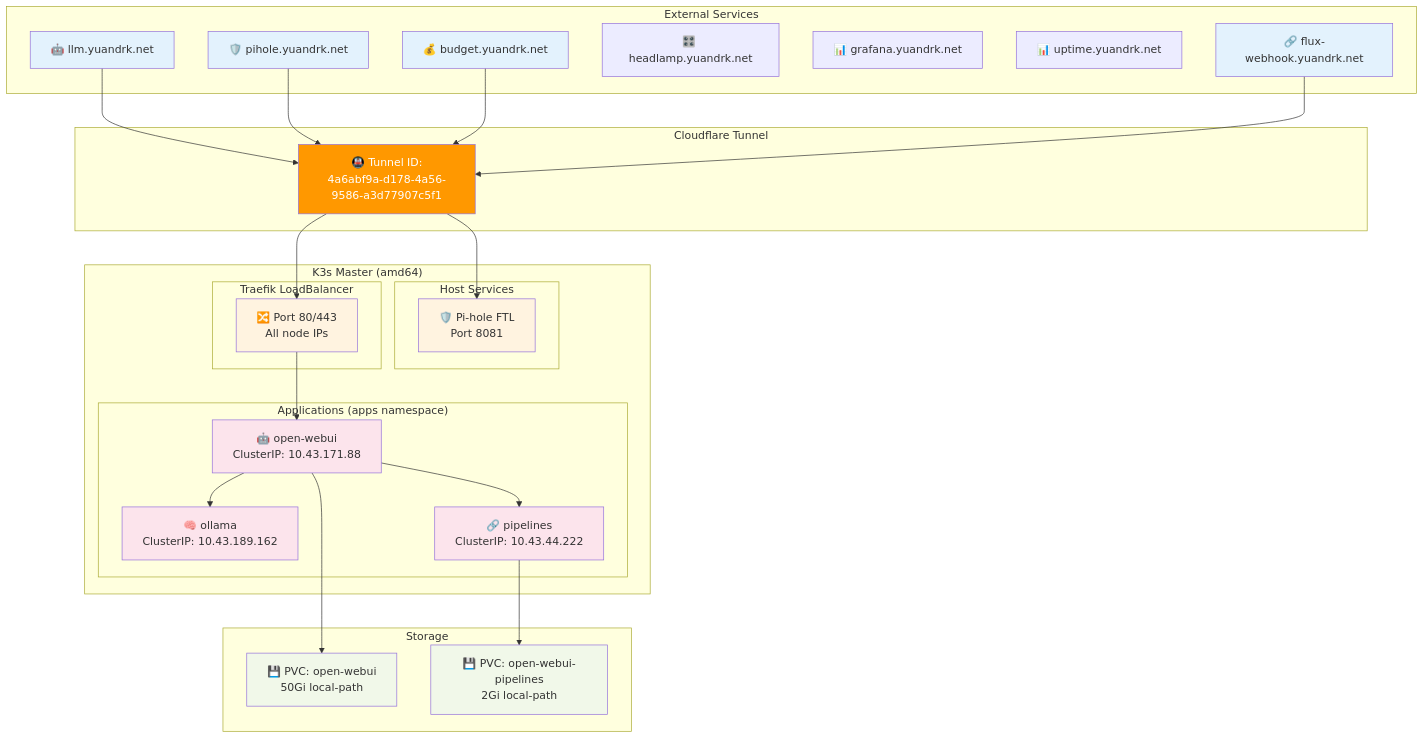
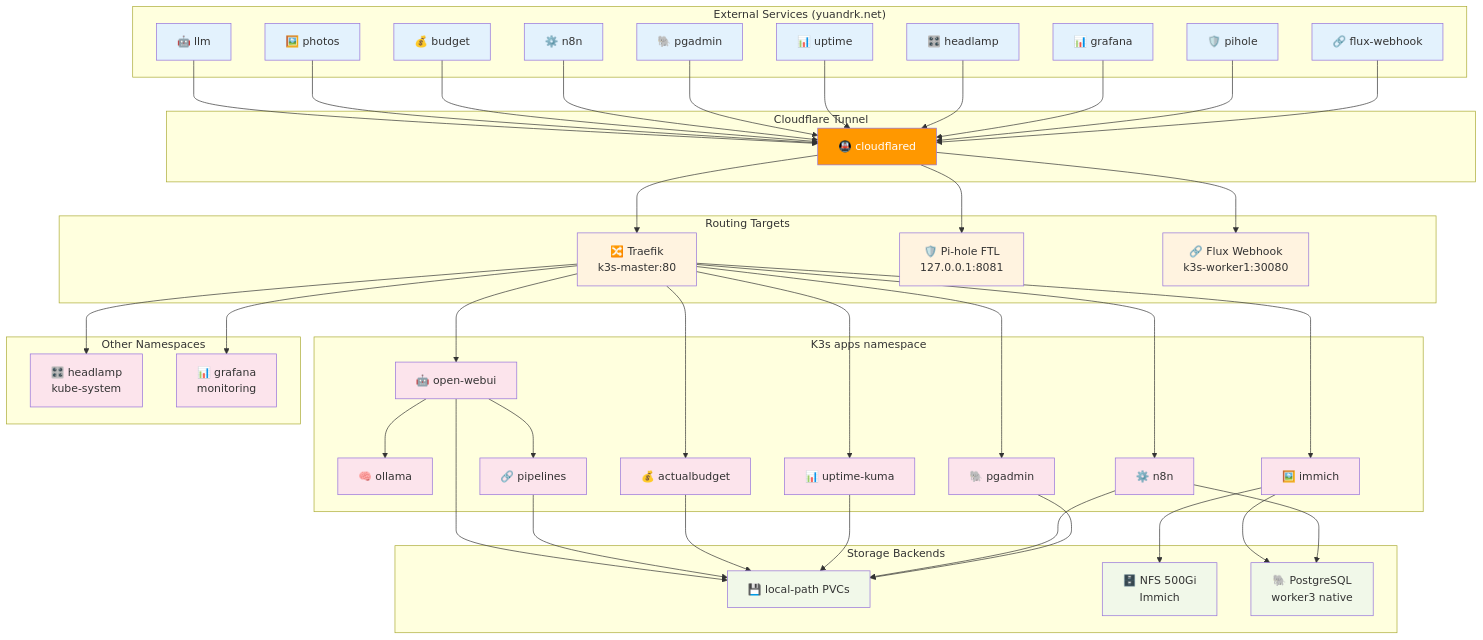
One commit to yuandrk/homelabops changed the fifth of 6 diagrams in docs/architecture-diagrams.md. Above: the diagram before and after it, drawn with Mermaid. The commit also changed other lines of this file, not shown here.

First line of the commit message:
docs(architecture): correct diagrams to reflect current cluster

````diff
--- a/docs/architecture-diagrams.md
+++ b/docs/architecture-diagrams.md
@@ -271,60 +282,91 @@
 ```mermaid
 graph TB
-    subgraph "External Services"
-        Chat[🤖 llm.yuandrk.net]
-        Pihole[🛡️ pihole.yuandrk.net]
-        Budget[💰 budget.yuandrk.net]
-        Headlamp[🎛️ headlamp.yuandrk.net]
-        Grafana[📊 grafana.yuandrk.net]
-        Uptime[📊 uptime.yuandrk.net]
-        Webhook[🔗 flux-webhook.yuandrk.net]
+    subgraph "External Services (yuandrk.net)"
+        Chat[🤖 llm]
+        Photos[🖼️ photos]
+        Budget[💰 budget]
+        N8nExt[⚙️ n8n]
+        PgAdminExt[🐘 pgadmin]
+        Uptime[📊 uptime]
+        HeadlampExt[🎛️ headlamp]
+        GrafanaExt[📊 grafana]
+        PiholeExt[🛡️ pihole]
+        Webhook[🔗 flux-webhook]
     end
 
     subgraph "Cloudflare Tunnel"
-        TunnelID[🚇 Tunnel ID:<br/>4a6abf9a-d178-4a56-9586-a3d77907c5f1]
+        CFT[🚇 cloudflared]
     end
 
-    subgraph "K3s Master (amd64)"
-        subgraph "Host Services"
-            PiholeHost[🛡️ Pi-hole FTL<br/>Port 8081]
-        end
-        
-        subgraph "Traefik LoadBalancer"
-            TraefikSvc[🔀 Port 80/443<br/>All node IPs]
-        end
-        
-        subgraph "Applications (apps namespace)"
-            OpenWebuiApp[🤖 open-webui<br/>ClusterIP: 10.43.171.88]
-            OllamaApp[🧠 ollama<br/>ClusterIP: 10.43.189.162]
-            PipelinesApp[🔗 pipelines<br/>ClusterIP: 10.43.44.222]
-        end
+    subgraph "Routing Targets"
+        TraefikSvc[🔀 Traefik<br/>k3s-master:80]
+        PiholeHost[🛡️ Pi-hole FTL<br/>127.0.0.1:8081]
+        WebhookNP[🔗 Flux Webhook<br/>k3s-worker1:30080]
     end
 
-    subgraph "Storage"
-        PV1[💾 PVC: open-webui<br/>50Gi local-path]
-        PV2[💾 PVC: open-webui-pipelines<br/>2Gi local-path]
+    subgraph "K3s apps namespace"
+        OpenWebuiApp[🤖 open-webui]
+        OllamaApp[🧠 ollama]
+        PipelinesApp[🔗 pipelines]
+        ImmichApp[🖼️ immich]
+        ActualApp[💰 actualbudget]
+        N8nApp[⚙️ n8n]
+        PgAdminApp[🐘 pgadmin]
+        UptimeApp[📊 uptime-kuma]
     end
 
-    %% External to tunnel
-    Chat --> TunnelID
-    Pihole --> TunnelID
-    Budget --> TunnelID
-    Webhook --> TunnelID
+    subgraph "Other Namespaces"
+        HeadlampApp[🎛️ headlamp<br/>kube-system]
+        GrafanaApp[📊 grafana<br/>monitoring]
+    end
 
-    %% Tunnel to services
-    TunnelID --> TraefikSvc
-    TunnelID --> PiholeHost
+    subgraph "Storage Backends"
+        LocalPV[💾 local-path PVCs]
+        NFSPV[🗄️ NFS 500Gi<br/>Immich]
+        PG[🐘 PostgreSQL<br/>worker3 native]
+    end
 
-    %% Traefik routing
+    %% External → Tunnel
+    Chat --> CFT
+    Photos --> CFT
+    Budget --> CFT
+    N8nExt --> CFT
+    PgAdminExt --> CFT
+    Uptime --> CFT
+    HeadlampExt --> CFT
+    GrafanaExt --> CFT
+    PiholeExt --> CFT
+    Webhook --> CFT
+
+    %% Tunnel → routes
+    CFT --> TraefikSvc
+    CFT --> PiholeHost
+    CFT --> WebhookNP
+
+    %% Traefik → apps
     TraefikSvc --> OpenWebuiApp
-    
-    %% App connections
+    TraefikSvc --> ImmichApp
+    TraefikSvc --> ActualApp
+    TraefikSvc --> N8nApp
+    TraefikSvc --> PgAdminApp
+    TraefikSvc --> UptimeApp
+    TraefikSvc --> HeadlampApp
+    TraefikSvc --> GrafanaApp
+
+    %% App internals
     OpenWebuiApp --> OllamaApp
     OpenWebuiApp --> PipelinesApp
-    
+
     %% Storage
-    OpenWebuiApp --> PV1
-    PipelinesApp --> PV2
+    OpenWebuiApp --> LocalPV
+    PipelinesApp --> LocalPV
+    ActualApp --> LocalPV
+    UptimeApp --> LocalPV
+    N8nApp --> LocalPV
+    PgAdminApp --> LocalPV
+    ImmichApp --> NFSPV
+    ImmichApp --> PG
+    N8nApp --> PG
 
     classDef external fill:#e3f2fd
     classDef tunnel fill:#ff9800,color:#fff
@@ -332,9 +374,9 @@
     classDef k8s fill:#fce4ec
     classDef storage fill:#f1f8e9
 
-    class Chat,Pihole,Budget,Webhook external
-    class TunnelID tunnel
-    class PiholeHost,TraefikSvc host
-    class OpenWebuiApp,OllamaApp,PipelinesApp k8s
-    class PV1,PV2 storage
+    class Chat,Photos,Budget,N8nExt,PgAdminExt,Uptime,HeadlampExt,GrafanaExt,PiholeExt,Webhook external
+    class CFT tunnel
+    class PiholeHost,TraefikSvc,WebhookNP host
+    class OpenWebuiApp,OllamaApp,PipelinesApp,ImmichApp,ActualApp,N8nApp,PgAdminApp,UptimeApp,HeadlampApp,GrafanaApp k8s
+    class LocalPV,NFSPV,PG storage
 ```
````
